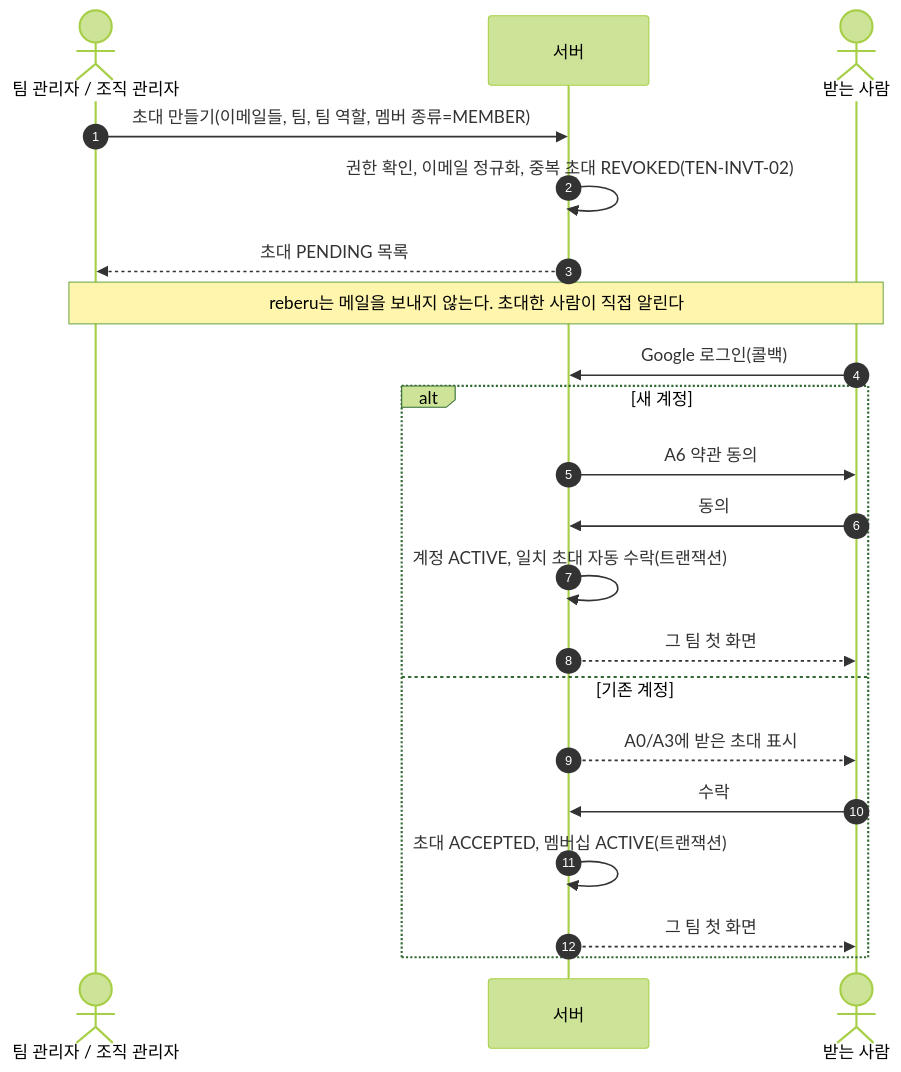
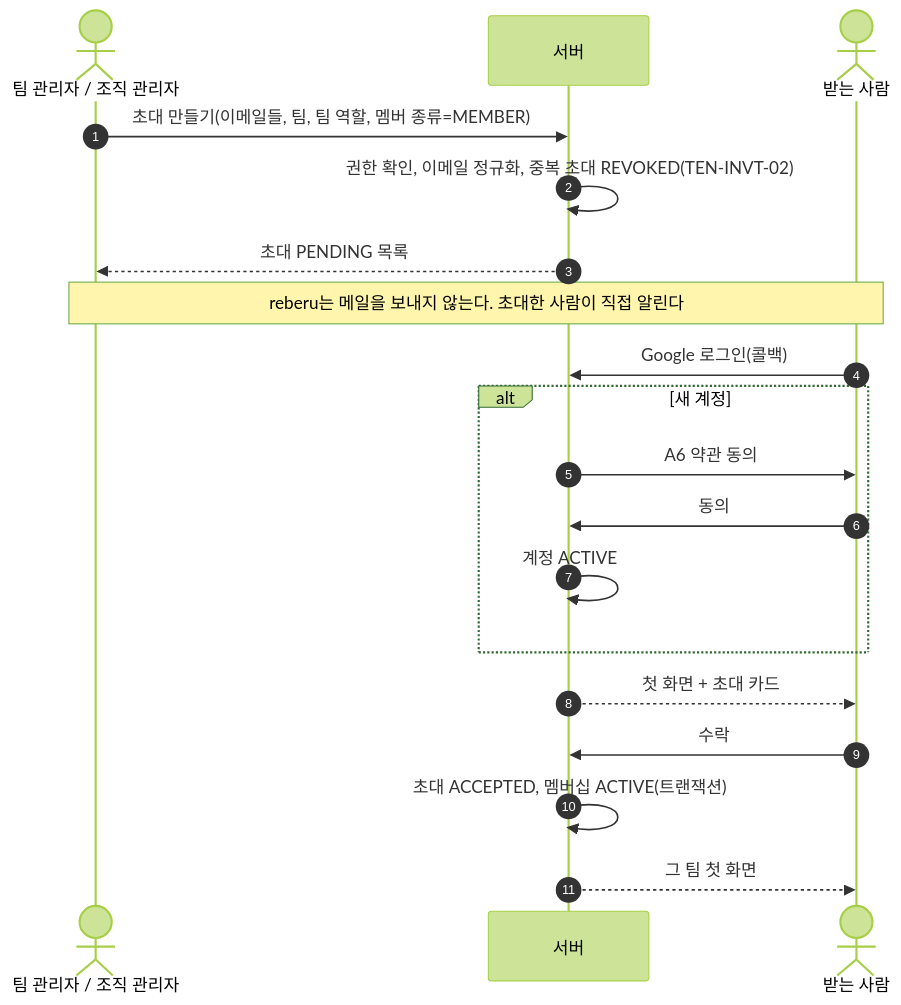
One commit to poseybutter/reberu changed the ninth of 16 diagrams in docs/architecture/tenancy.md. Above: the diagram before and after it, drawn with Mermaid (forest theme). The commit also changed other lines of this file and 6 other files, not shown here.

````diff
--- a/docs/architecture/tenancy.md
+++ b/docs/architecture/tenancy.md
@@ -371,23 +373,21 @@
 ```mermaid
 sequenceDiagram
     autonumber
     actor Admin as 팀 관리자 / 조직 관리자
     participant API as 서버
     actor U as 받는 사람
     Admin->>API: 초대 만들기(이메일들, 팀, 팀 역할, 멤버 종류=MEMBER)
     API->>API: 권한 확인, 이메일 정규화, 중복 초대 REVOKED(TEN-INVT-02)
     API-->>Admin: 초대 PENDING 목록
     Note over Admin,U: reberu는 메일을 보내지 않는다. 초대한 사람이 직접 알린다
     U->>API: Google 로그인(콜백)
     alt 새 계정
         API->>U: A6 약관 동의
         U->>API: 동의
-        API->>API: 계정 ACTIVE, 일치 초대 자동 수락(트랜잭션)
-        API-->>U: 그 팀 첫 화면
-    else 기존 계정
-        API-->>U: A0/A3에 받은 초대 표시
-        U->>API: 수락
-        API->>API: 초대 ACCEPTED, 멤버십 ACTIVE(트랜잭션)
-        API-->>U: 그 팀 첫 화면
+        API->>API: 계정 ACTIVE
     end
+    API-->>U: 첫 화면 + 초대 카드
+    U->>API: 수락
+    API->>API: 초대 ACCEPTED, 멤버십 ACTIVE(트랜잭션)
+    API-->>U: 그 팀 첫 화면
 ```
````
